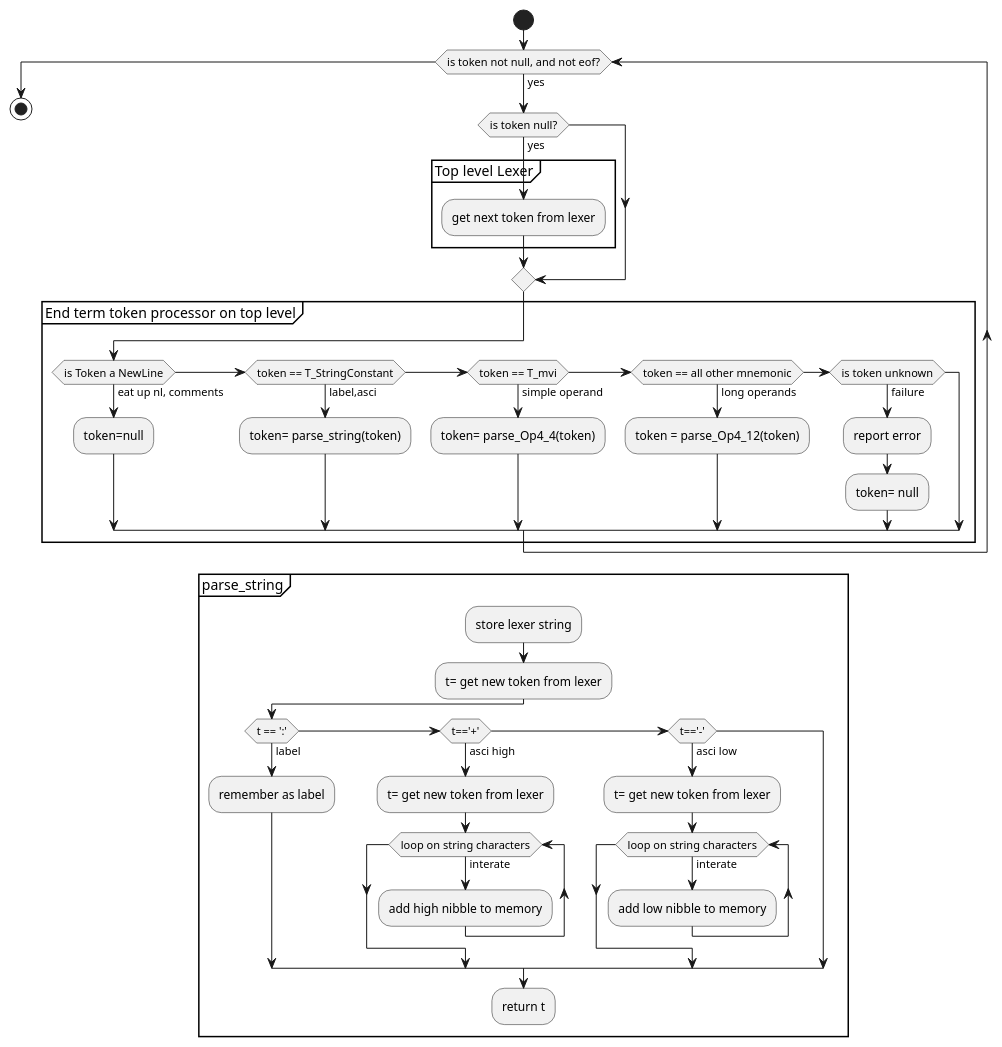
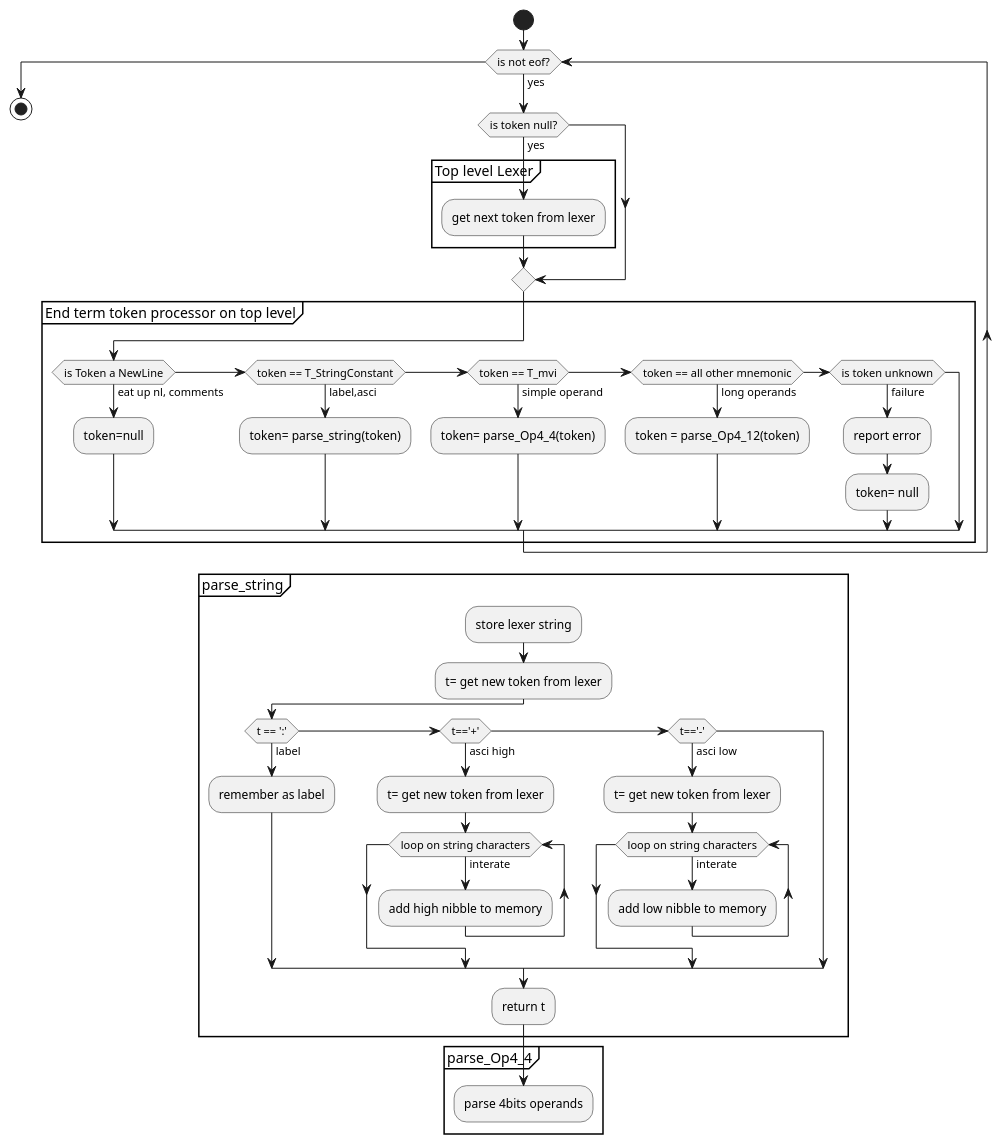
The diagram in doc/parse_asm_fn.puml (bfarago/bjtcputoolchain), drawn with PlantUML before and after one commit.

```diff
--- a/doc/parse_asm_fn.puml
+++ b/doc/parse_asm_fn.puml
@@ -1,48 +1,51 @@
 @startuml
 start
-  while (is token not null, and not eof?)
+  while (is not eof?)
    ->yes;
    if (is token null?) then (yes)
-
-partition "Top level Lexer" {
-    :get next token from lexer;
-}
+    partition "Top level Lexer" {
+     :get next token from lexer;
+    }
    endif;
 partition "End term token processor on top level" {
     if (is Token a NewLine) then (eat up nl, comments)
      :token=null;
     elseif (token == T_StringConstant) then (label,asci)
         :token= parse_string(token);
     elseif (token == T_mvi) then (simple operand)
         :token= parse_Op4_4(token);
     elseif (token == all other mnemonic) then (long operands)
         :token = parse_Op4_12(token);
     elseif (is token unknown) then (failure)
         :report error;
         :token= null;
     endif;
 }
   endwhile
 stop
+
 partition "parse_string" {
  :store lexer string;
  :t= get new token from lexer;
  if (t == ':') then (label)
    :remember as label;
  elseif (t=='+') then (asci high)
   :t= get new token from lexer;
   while (loop on string characters)
     ->interate;
     :add high nibble to memory;
   endwhile
  elseif (t=='-') then (asci low)
   :t= get new token from lexer;
   while (loop on string characters)
     ->interate;
     :add low nibble to memory;
   endwhile
  endif
-
  :return t;
 }
+
+partition "parse_Op4_4" {
+ :parse 4bits operands;
+}
 @enduml
```
